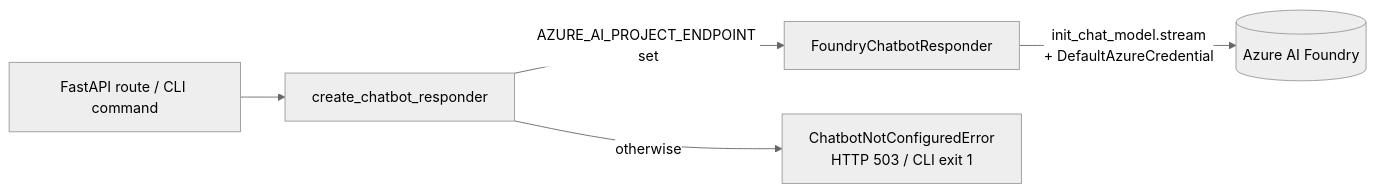
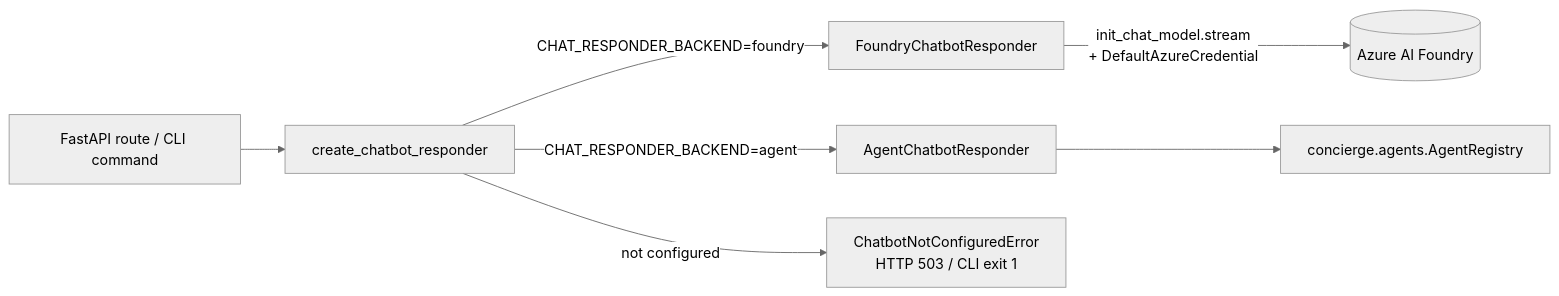
The second of 2 diagrams in docs/chat/index.md (ks6088ts-labs/concierge), drawn with Mermaid (neutral theme) before and after one commit. The commit also changed other lines of this file and 41 other files, not shown here.

First line of the commit message:
Refactor: extract shared agent runtime to concierge/agents/

````diff
--- a/docs/chat/index.md
+++ b/docs/chat/index.md
@@ -250,7 +252,9 @@
 ```mermaid
 flowchart LR
     Caller[FastAPI route / CLI command] --> Factory[create_chatbot_responder]
-    Factory -->|AZURE_AI_PROJECT_ENDPOINT set| Foundry[FoundryChatbotResponder]
-    Factory -->|otherwise| Error[ChatbotNotConfiguredError\nHTTP 503 / CLI exit 1]
+    Factory -->|CHAT_RESPONDER_BACKEND=foundry| Foundry[FoundryChatbotResponder]
+    Factory -->|CHAT_RESPONDER_BACKEND=agent| Agent[AgentChatbotResponder]
+    Factory -->|not configured| Error[ChatbotNotConfiguredError\nHTTP 503 / CLI exit 1]
     Foundry -->|init_chat_model.stream<br/>+ DefaultAzureCredential| Azure[(Azure AI Foundry)]
+    Agent --> Registry[concierge.agents.AgentRegistry]
 ```
````
